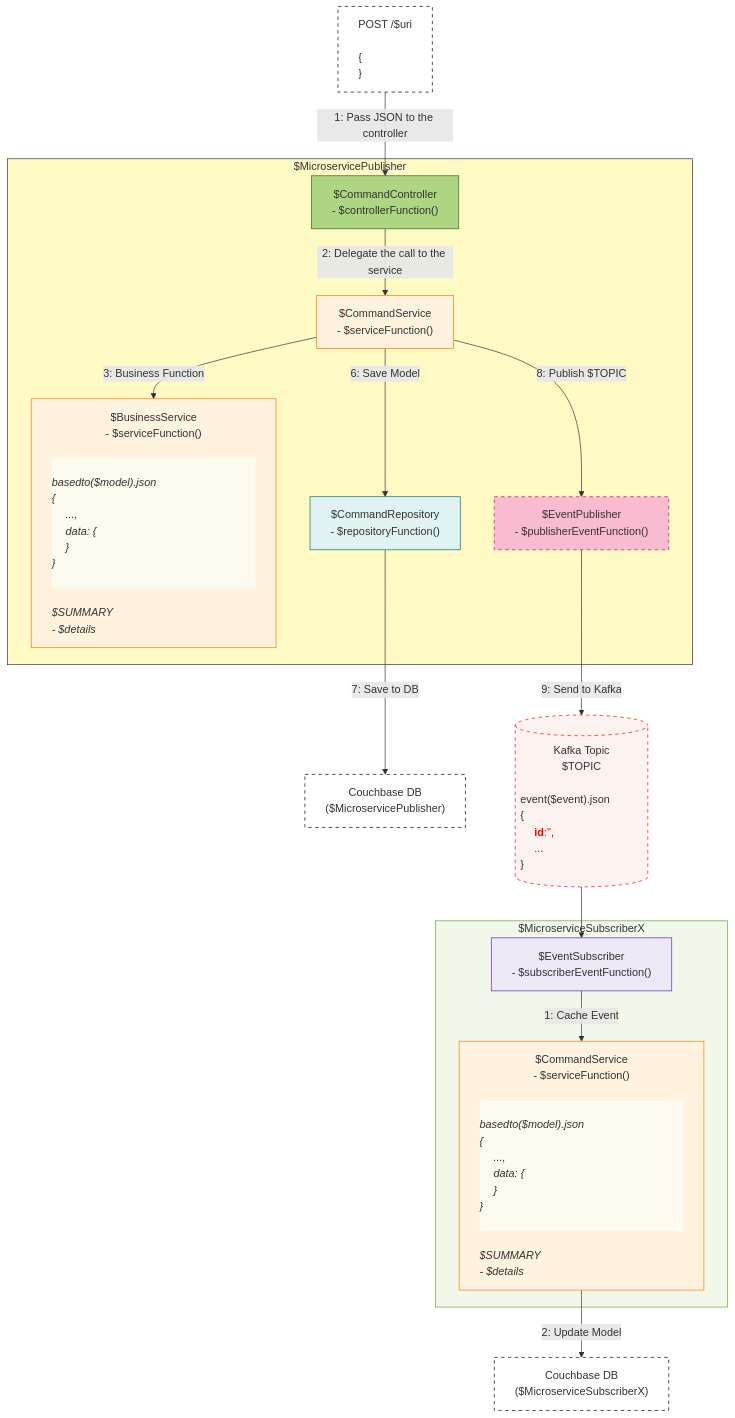
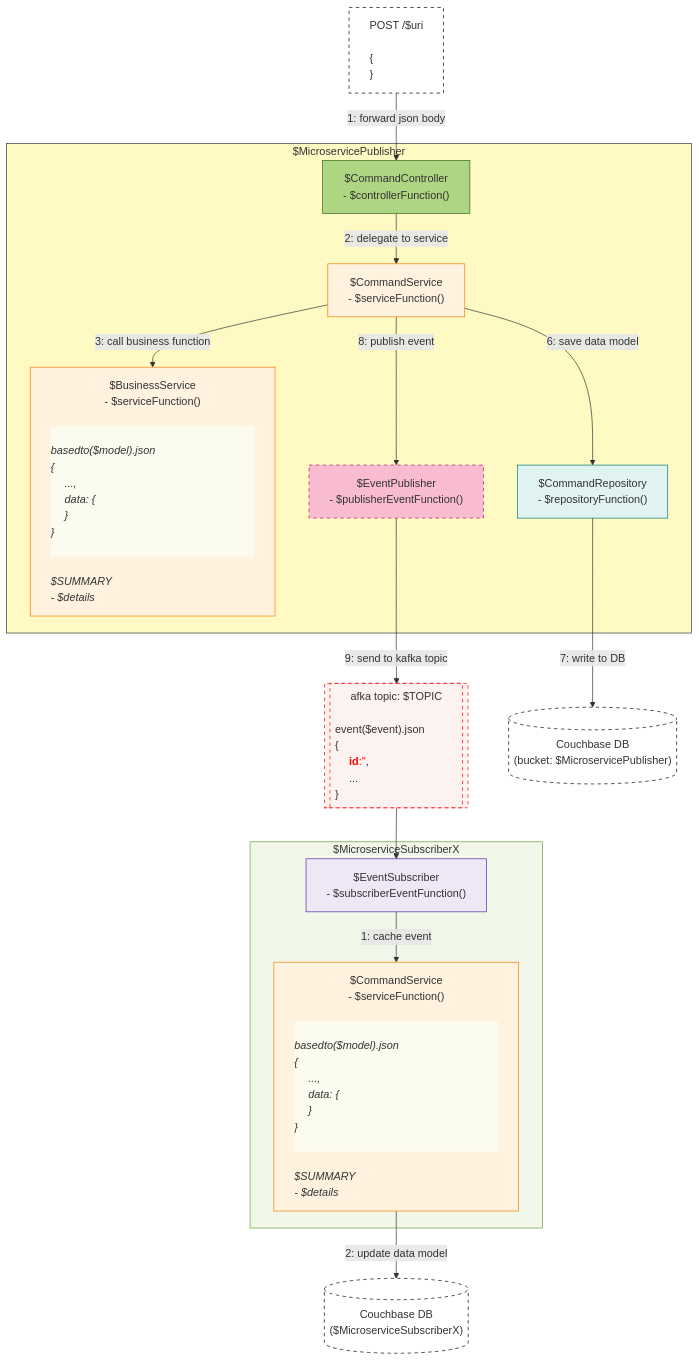
The diagram in _readme_assets/template.mmd (aakashkumar1980/apps-microservices), drawn with Mermaid before and after one commit.

Commit message:
code refactor

```diff
--- a/_readme_assets/template.mmd
+++ b/_readme_assets/template.mmd
@@ -1,94 +1,97 @@
 %%{ init: { "flowchart": { "htmlLabels": true, "wrappingWidth": 500 } } }%%
 flowchart TD
 
 %% REST Client
 POSTMAN["POST /$uri
   <div style='text-align: left'>
     {
     }
   </div>
 "]:::external
 
 %% KAFKA PUBLISHER
 subgraph $MicroservicePublisher
 style $MicroservicePublisher fill:#FFF9C4,stroke:#333,stroke-width:1px
   MPCC["$CommandController<br> - $controllerFunction()"]:::controller
   MPCS["$CommandService<br> - $serviceFunction()"]:::service
 
   MPBS["$BusinessService<br> - $serviceFunction()
     <div style='text-align:left; font-style: italic;'>
       <div style='background-color:rgb(252, 251, 240); width:300px;'>
         basedto($model).json
         {
           #emsp; ...,
           #emsp; data: {
           #emsp; }
         }<br>
       </div>
       $SUMMARY
       - $details
     </div>
   "]:::service
 
   MPCR["$CommandRepository<br> - $repositoryFunction()"]:::repository
   MPEP["$EventPublisher<br> - $publisherEventFunction()"]:::event
 end
 
+KAFKA[["afka topic: $TOPIC
+  <div style='text-align:left; background-color:#fcf3f0; width:180px;'>
+    event($event).json
+    {
+      #emsp; <font color=red><b>id</b>:''</font>,
+      #emsp; ...
+    }
+  </div>
+"]]:::kafka
+
+CHBMP[("Couchbase DB<br>(bucket: $MicroservicePublisher)")]:::db
+
+%% Flow Steps (Main Command Flow)
+POSTMAN -->|1: forward json body | MPCC
+MPCC -->|2: delegate to service| MPCS
+MPCS -->|3: call business function| MPBS
+MPCS -->|6: save data model| MPCR
+MPCR -->|7: write to DB| CHBMP
+MPCS -->|8: publish event| MPEP
+MPEP -->|9: send to kafka topic| KAFKA
+
+
+
 %% KAFKA SUBSCRIBERS
 subgraph $MicroserviceSubscriberX
 style $MicroserviceSubscriberX fill:#F1F8E9,stroke:#689F38,stroke-width:1px
   MSES["$EventSubscriber<br> - $subscriberEventFunction()"]:::subscriber
 
   MSCS["$CommandService<br> - $serviceFunction()
     <div style='text-align:left; font-style: italic;'>
       <div style='background-color:rgb(252, 251, 240); width:300px;'>
         basedto($model).json
         {
           #emsp; ...,
           #emsp; data: {
           #emsp; }
         }<br>
       </div>
       $SUMMARY
       - $details
     </div>
   "]:::service
 end
 
-%% External Systems
-CHBMP["Couchbase DB<br>($MicroservicePublisher)"]:::external
-CHBMSX["Couchbase DB<br>($MicroserviceSubscriberX)"]:::external
+CHBMSX[("Couchbase DB<br>($MicroserviceSubscriberX)")]:::db
 
-KAFKA[("Kafka Topic<br>$TOPIC
-  <div style='text-align:left; background-color:#fcf3f0; width:180px;'>
-    event($event).json
-    {
-      #emsp; <font color=red><b>id</b>:''</font>,
-      #emsp; ...
-    }
-  </div>
-")]:::kafka
-
-%% Flow Steps (Main Command Flow)
-POSTMAN -->|1: Pass JSON to the controller | MPCC
-MPCC -->|2: Delegate the call to the service| MPCS
-MPCS -->|3: Business Function| MPBS
-MPCS -->|6: Save Model| MPCR
-MPCR -->|7: Save to DB| CHBMP
-MPCS -->|8: Publish $TOPIC| MPEP
-MPEP -->|9: Send to Kafka| KAFKA
-
-%% Subscriptions via Kafka $TOPIC
+%% Flow Steps (SubscribersX Flow)
 KAFKA --> MSES
-MSES -->|1: Cache Event| MSCS
-MSCS -->|2: Update Model| CHBMSX
+MSES -->|1: cache event| MSCS
+MSCS -->|2: update data model| CHBMSX
 
 
 %% Styling
 classDef controller fill:#AED581,stroke:#33691E,stroke-width:1px;
 classDef service fill:#FFF3E0,stroke:#F57C00,stroke-width:1px;
 classDef repository fill:#E0F2F1,stroke:#00796B,stroke-width:1px;
 classDef event fill:#F8BBD0,stroke:#AD1457,stroke-width:1px,stroke-dasharray: 5 5;
 classDef subscriber fill:#EDE7F6,stroke:#512DA8,stroke-width:1px;
 classDef external fill:#FFFFFF,stroke:#000,stroke-width:1px,stroke-dasharray: 5 5;
 classDef kafka fill:#fcf3f0,stroke:red,stroke-width:1px,stroke-dasharray: 5 5;
+classDef db fill:#FFFFFF,stroke:#000,stroke-width:1px,stroke-dasharray: 5 5;
```
